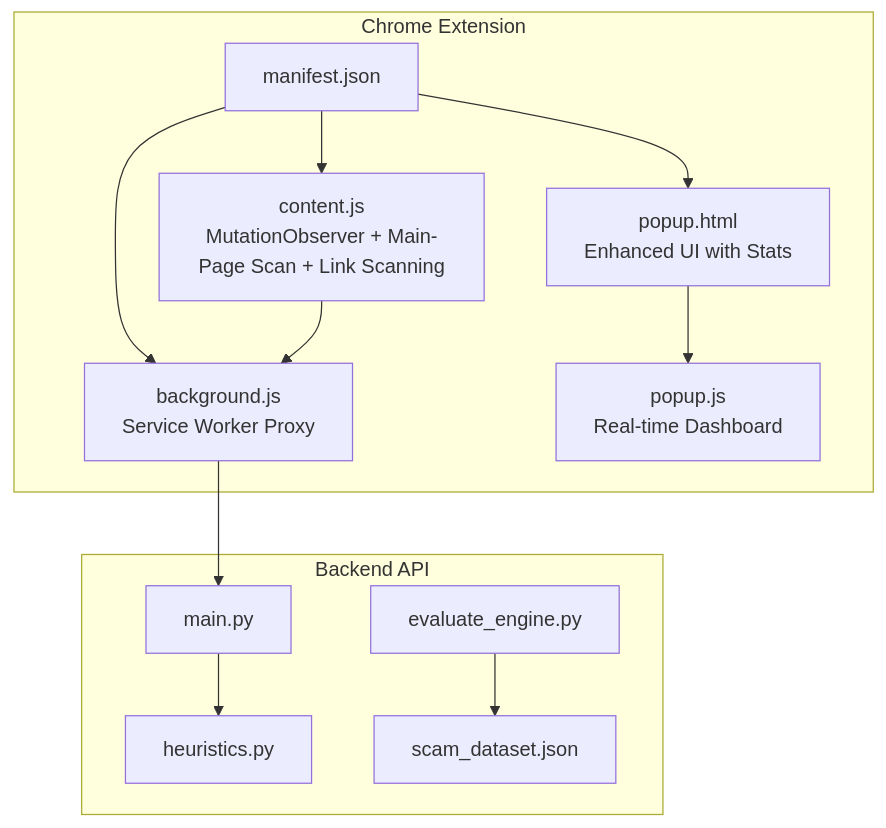
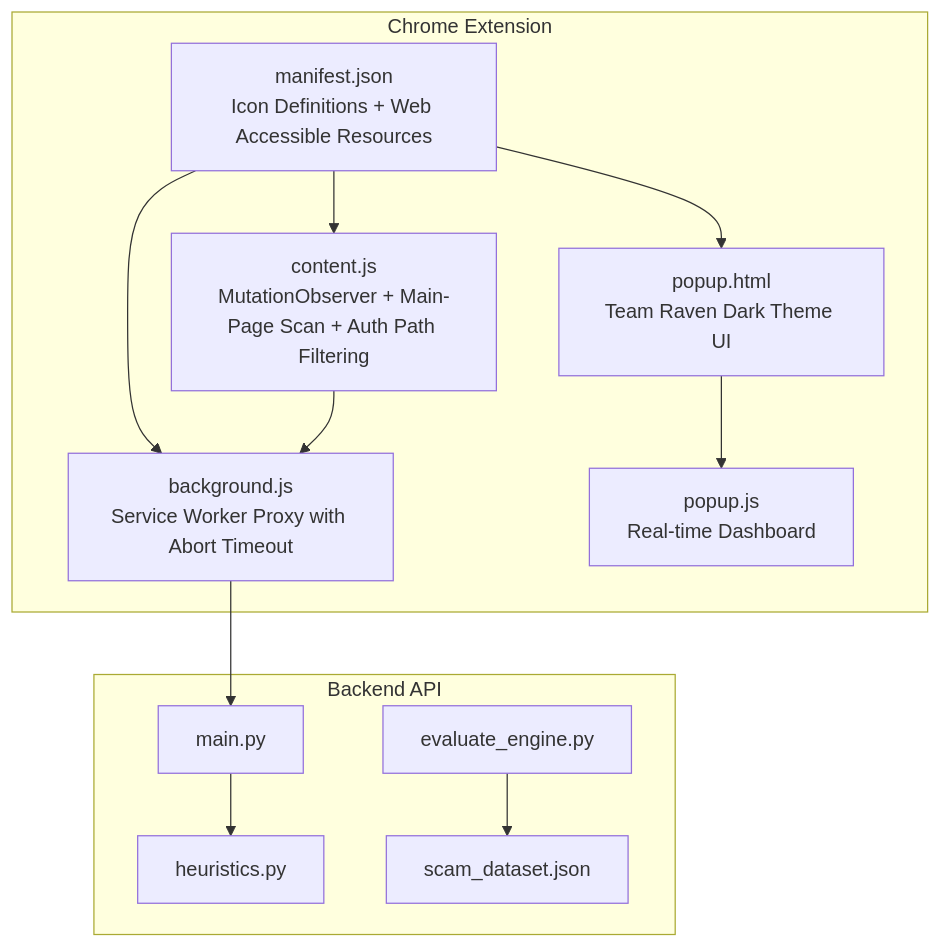
Before and after one commit to Aymanaahh/scrollguard-ai: the first of 7 diagrams in .qoder/repowiki/en/content/Chrome Extension Development.md, drawn with Mermaid. The commit also changed other lines of this file and 33 other files, not shown here.

````diff
--- a/.qoder/repowiki/en/content/Chrome Extension Development.md
+++ b/.qoder/repowiki/en/content/Chrome Extension Development.md
@@ -47,24 +48,24 @@
 ```mermaid
 graph TB
 subgraph "Chrome Extension"
-M["manifest.json"]
-BG["background.js<br/>Service Worker Proxy"]
-C["content.js<br/>MutationObserver + Main-Page Scan + Link Scanning"]
-PHTML["popup.html<br/>Enhanced UI with Stats"]
+M["manifest.json<br/>Icon Definitions + Web Accessible Resources"]
+BG["background.js<br/>Service Worker Proxy with Abort Timeout"]
+C["content.js<br/>MutationObserver + Main-Page Scan + Auth Path Filtering"]
+PHTML["popup.html<br/>Team Raven Dark Theme UI"]
 PJ["popup.js<br/>Real-time Dashboard"]
 end
 subgraph "Backend API"
 MAIN["main.py"]
 HEUR["heuristics.py"]
 EVAL["evaluate_engine.py"]
 DATASET["scam_dataset.json"]
 end
 M --> BG
 M --> C
 M --> PHTML
 PHTML --> PJ
 C --> BG
 BG --> MAIN
 MAIN --> HEUR
 EVAL --> DATASET
 ```
````
